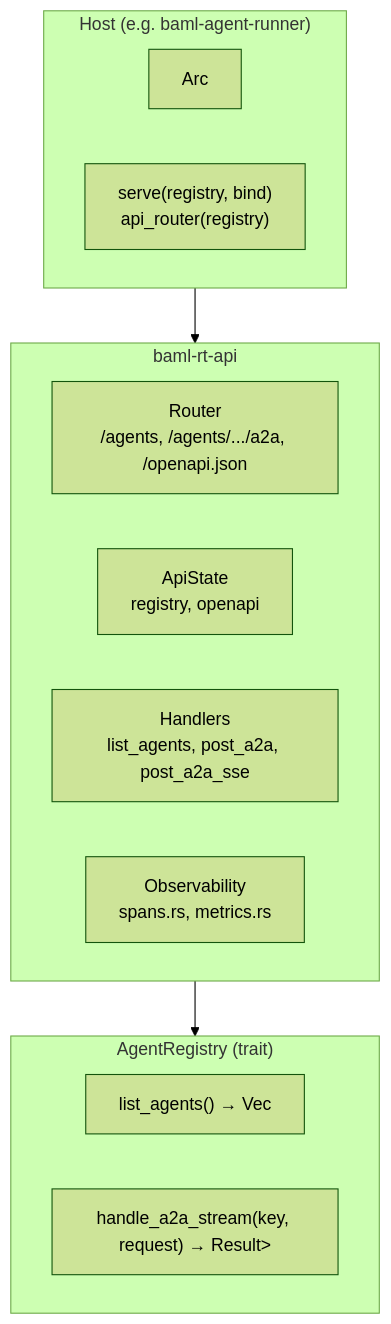
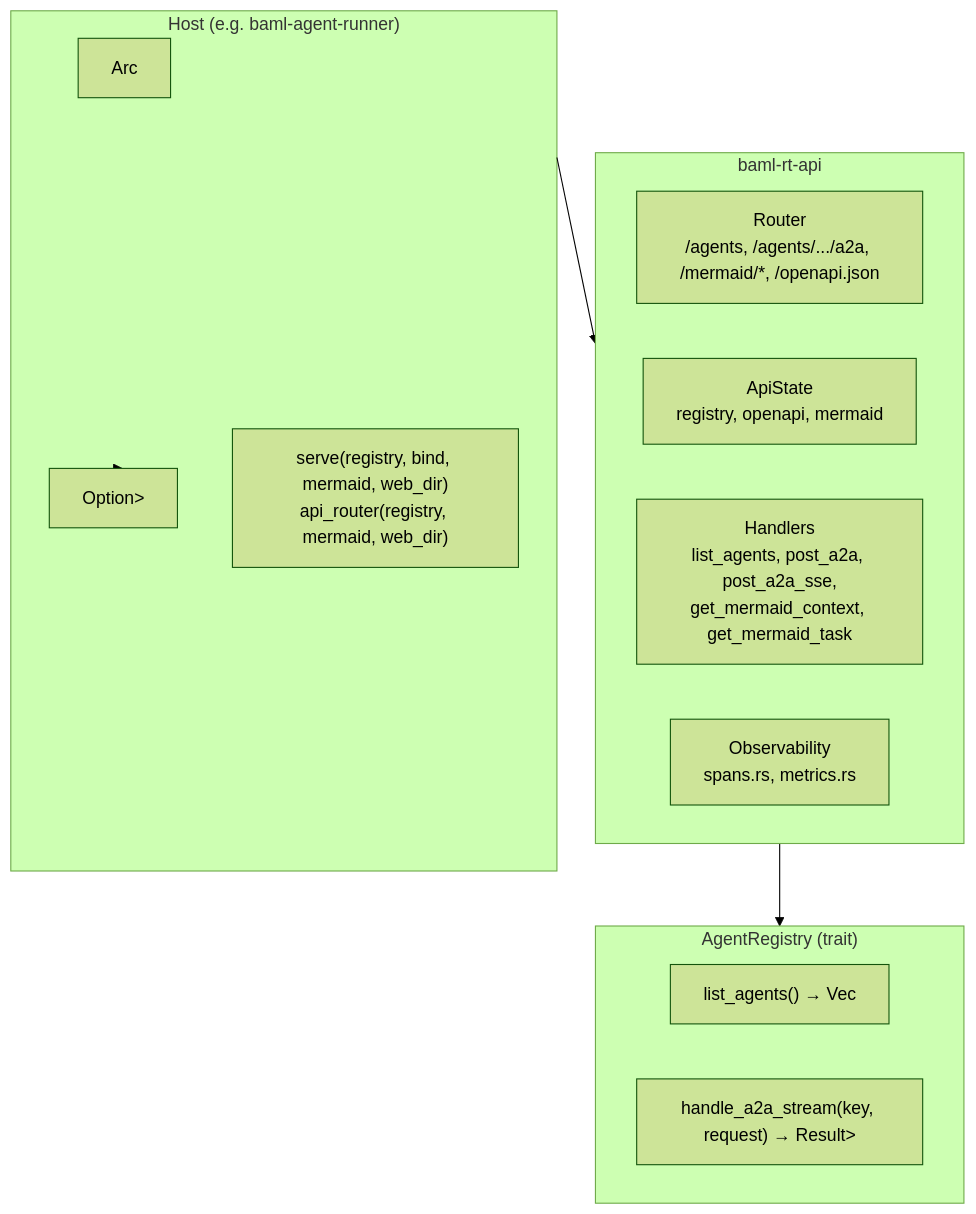
The diagram in crates/baml-rt-api/README.md (semiotic-agentium/agentium-os), drawn with Mermaid (forest theme) before and after one commit. The commit also changed other lines of this file and 19 other files, not shown here.

First line of the commit message:
refactor(api,docs): align graph-native provenance architecture and OTel contracts

````diff
--- a/crates/baml-rt-api/README.md
+++ b/crates/baml-rt-api/README.md
@@ -9,22 +9,24 @@
 ```mermaid
 flowchart TB
   subgraph Host["Host (e.g. baml-agent-runner)"]
     Registry["Arc<dyn AgentRegistry>"]
-    Entry["serve(registry, bind)\napi_router(registry)"]
+    Mermaid["Option<Arc<dyn MermaidService>>"]
+    Entry["serve(registry, bind, mermaid, web_dir)\napi_router(registry, mermaid, web_dir)"]
   end
 
   subgraph API["baml-rt-api"]
-    Router["Router\n/agents, /agents/.../a2a, /openapi.json"]
-    State["ApiState\nregistry, openapi"]
-    Handlers["Handlers\nlist_agents, post_a2a, post_a2a_sse"]
+    Router["Router\n/agents, /agents/.../a2a, /mermaid/*, /openapi.json"]
+    State["ApiState\nregistry, openapi, mermaid"]
+    Handlers["Handlers\nlist_agents, post_a2a, post_a2a_sse,\nget_mermaid_context, get_mermaid_task"]
     Obs["Observability\nspans.rs, metrics.rs"]
   end
 
   subgraph Trait["AgentRegistry (trait)"]
     List["list_agents() → Vec<AgentDiscoveryEntry>"]
     A2a["handle_a2a_stream(key, request) → Result<BusStream<Value>>"]
   end
 
   Host --> API
+  Host --> Mermaid
   API --> Trait
 ```
````
